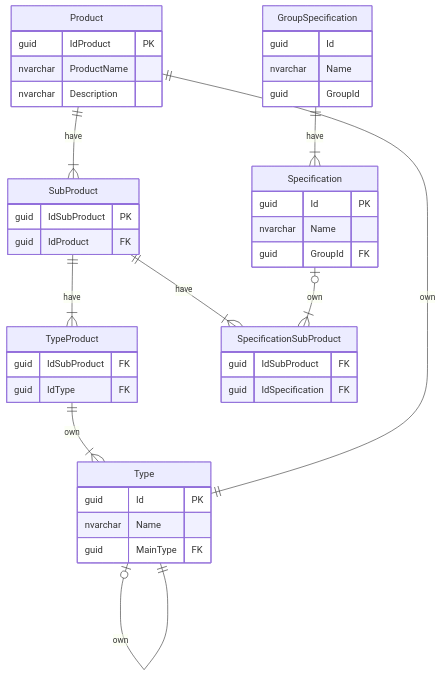
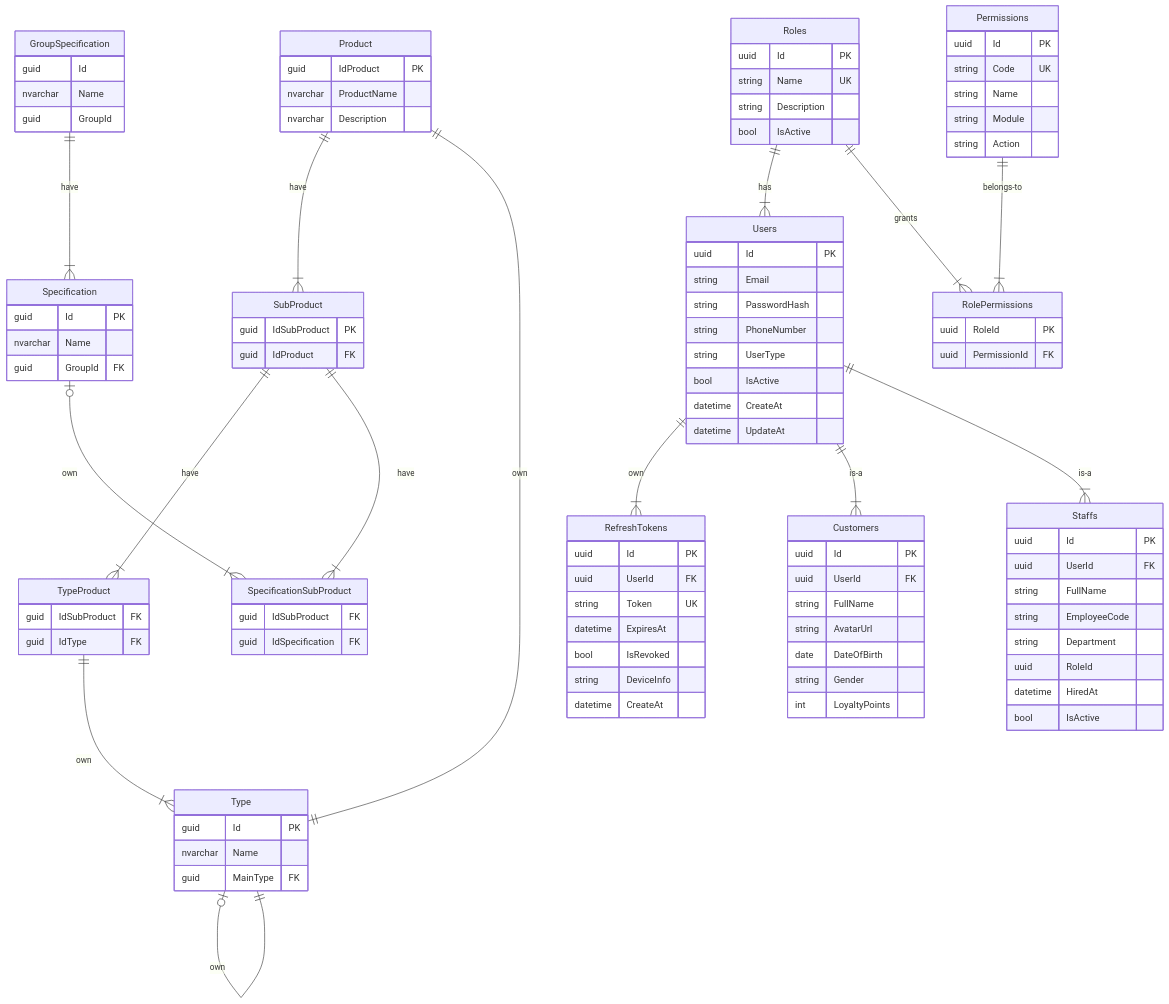
One commit to levandong1503/TopZone changed the diagram in README.md. Above: the diagram before and after it, drawn with Mermaid. The commit also changed other lines of this file and 52 other files, not shown here.

````diff
--- a/README.md
+++ b/README.md
@@ -47,6 +47,70 @@
     guid MainType FK
 }
 
+
+Users{
+    uuid Id PK
+    string Email
+    string PasswordHash
+    string PhoneNumber
+    string UserType
+    bool IsActive
+    datetime CreateAt
+    datetime UpdateAt
+}
+
+Customers{
+    uuid Id PK
+    uuid UserId FK
+    string FullName
+    string AvatarUrl
+    date DateOfBirth
+    string Gender
+    int LoyaltyPoints
+}
+
+Staffs{
+    uuid Id PK
+    uuid UserId FK
+    string FullName
+    string EmployeeCode
+    string Department
+    uuid RoleId
+    datetime HiredAt
+    bool IsActive
+}
+
+RefreshTokens{
+    uuid Id PK
+    uuid UserId FK
+    string Token UK
+    datetime ExpiresAt
+    bool IsRevoked
+    string DeviceInfo
+    datetime CreateAt
+}
+
+Roles{
+    uuid Id PK
+    string Name UK
+    string Description
+    bool IsActive
+}
+
+Permissions{
+    uuid Id PK
+    string Code UK
+    string Name
+    string Module
+    string Action
+}
+
+RolePermissions {
+    uuid RoleId PK
+    uuid PermissionId FK
+}
+
+
 Product ||--|{ SubProduct : have
 SubProduct || -- |{ TypeProduct : have
 SubProduct || -- |{ SpecificationSubProduct : have
@@ -56,4 +120,11 @@
 Type o| -- || Type : own
 GroupSpecification || -- |{ Specification : have
 
+Users ||-- |{ RefreshTokens: own
+Users ||-- |{ Customers: is-a
+Users ||-- |{ Staffs: is-a
+Roles ||-- |{ Users: has
+Roles || -- |{ RolePermissions: grants
+Permissions || -- |{ RolePermissions: belongs-to
+
 ```
````
